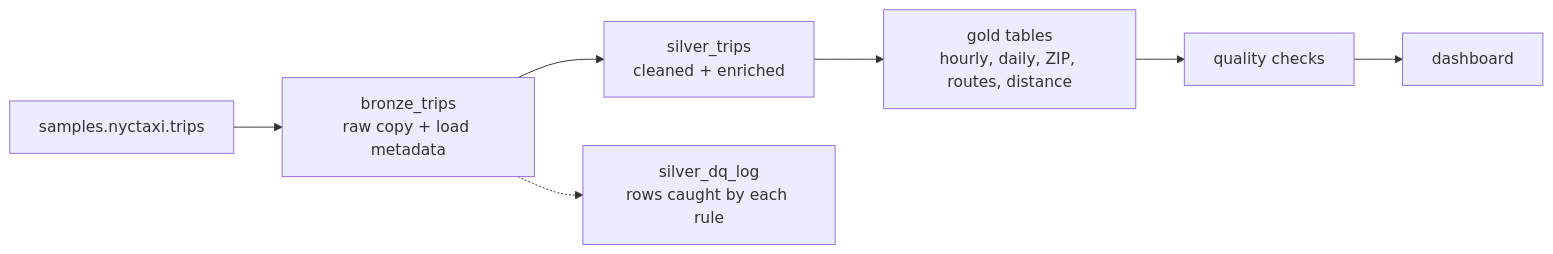
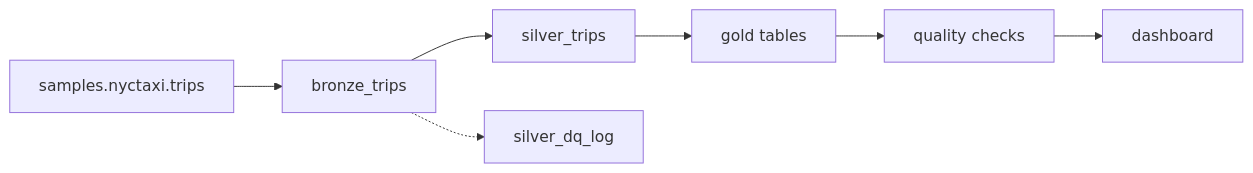
Before and after one commit to zaidatom585/NYC-Taxi_Lakehouse: the diagram in README.md, drawn with Mermaid. The commit also changed other lines of this file, not shown here.

````diff
--- a/README.md
+++ b/README.md
@@ -11,9 +13,9 @@
 ```mermaid
 flowchart LR
-    A[samples.nyctaxi.trips] --> B[bronze_trips<br/>raw copy + load metadata]
-    B --> C[silver_trips<br/>cleaned + enriched]
-    B -.-> D[silver_dq_log<br/>rows caught by each rule]
-    C --> E[gold tables<br/>hourly, daily, ZIP, routes, distance]
+    A[samples.nyctaxi.trips] --> B[bronze_trips]
+    B --> C[silver_trips]
+    B -.-> D[silver_dq_log]
+    C --> E[gold tables]
     E --> F[quality checks]
     F --> G[dashboard]
 ```
````
